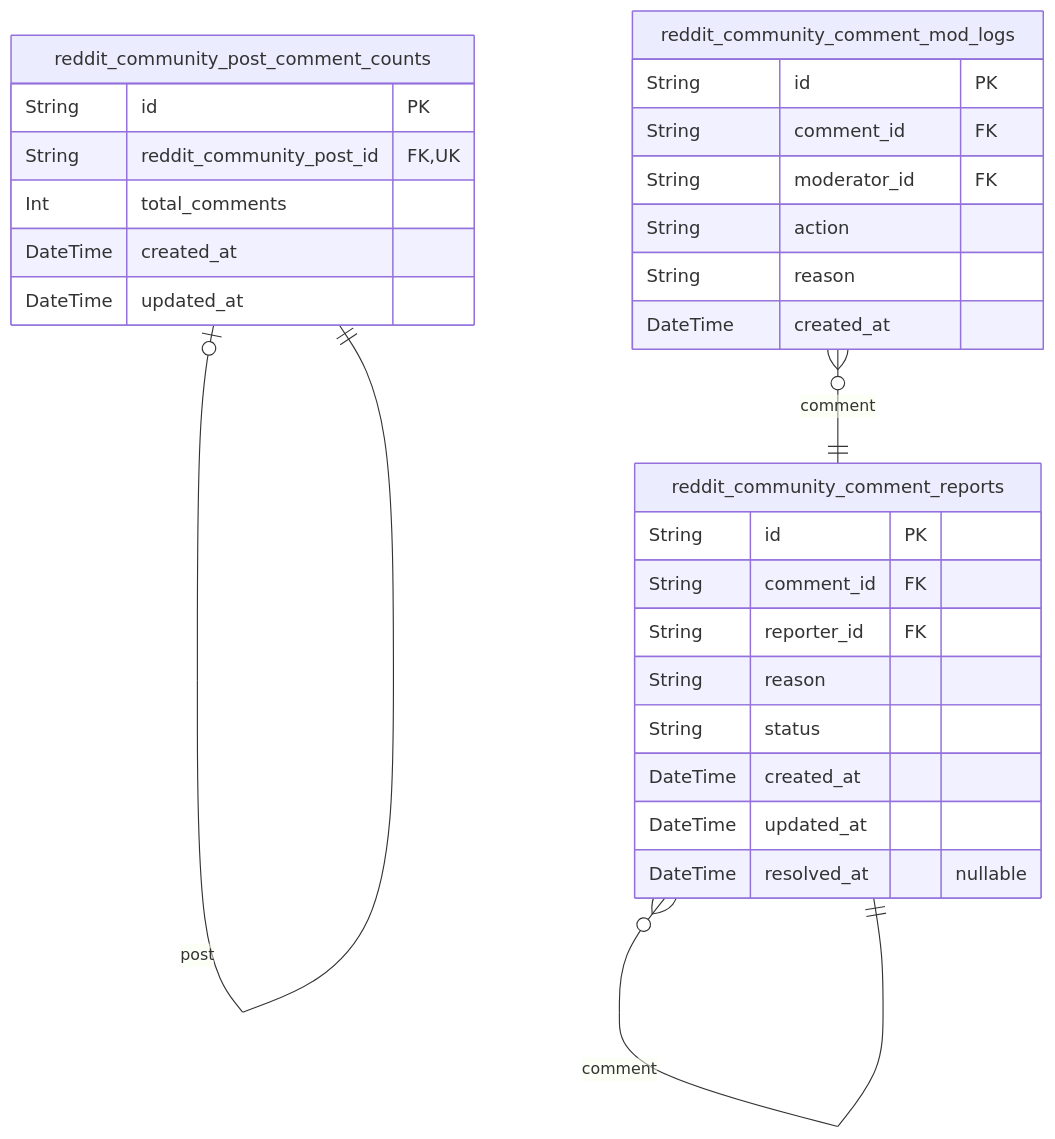
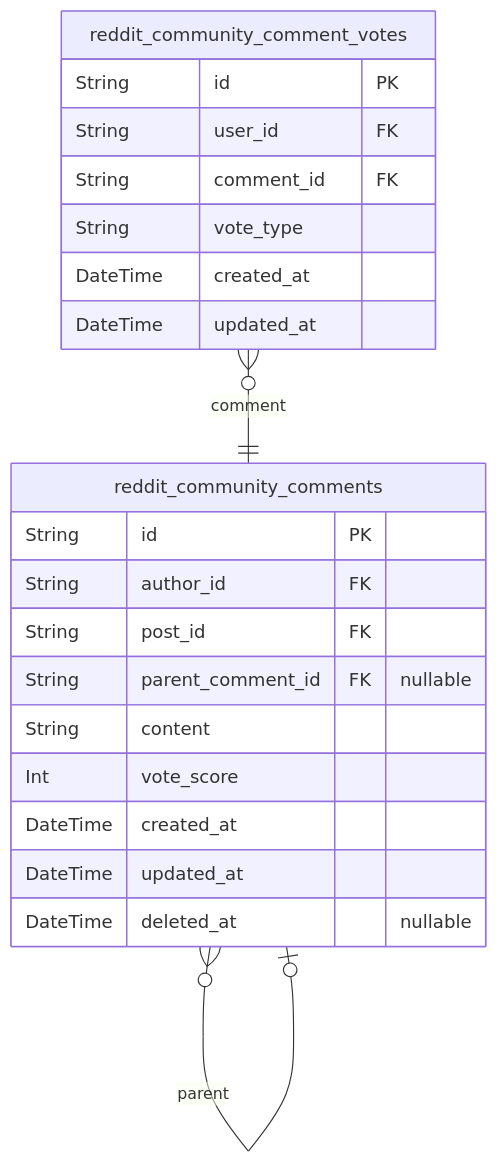
The fourth of 5 diagrams in qwen/qwen3-next-80b-a3b-instruct/reddit/docs/ERD.md (wrtnlabs/autobe-examples), drawn with Mermaid before and after one commit. The commit also changed other lines of this file and 25939 other files, not shown here.

````diff
--- a/qwen/qwen3-next-80b-a3b-instruct/reddit/docs/ERD.md
+++ b/qwen/qwen3-next-80b-a3b-instruct/reddit/docs/ERD.md
@@ -1060,31 +1005,24 @@
 ```mermaid
 erDiagram
-"reddit_community_comment_reports" {
+"reddit_community_comments" {
   String id PK
-  String comment_id FK
-  String reporter_id FK
-  String reason
-  String status
+  String author_id FK
+  String post_id FK
+  String parent_comment_id FK "nullable"
+  String content
+  Int vote_score
   DateTime created_at
   DateTime updated_at
-  DateTime resolved_at "nullable"
+  DateTime deleted_at "nullable"
 }
-"reddit_community_post_comment_counts" {
+"reddit_community_comment_votes" {
   String id PK
-  String reddit_community_post_id FK,UK
-  Int total_comments
+  String user_id FK
+  String comment_id FK
+  String vote_type
   DateTime created_at
   DateTime updated_at
 }
-"reddit_community_comment_mod_logs" {
-  String id PK
-  String comment_id FK
-  String moderator_id FK
-  String action
-  String reason
-  DateTime created_at
-}
-"reddit_community_comment_reports" }o--|| "reddit_community_comment_reports" : comment
-"reddit_community_post_comment_counts" |o--|| "reddit_community_post_comment_counts" : post
-"reddit_community_comment_mod_logs" }o--|| "reddit_community_comment_reports" : comment
+"reddit_community_comments" }o--o| "reddit_community_comments" : parent
+"reddit_community_comment_votes" }o--|| "reddit_community_comments" : comment
 ```
````
